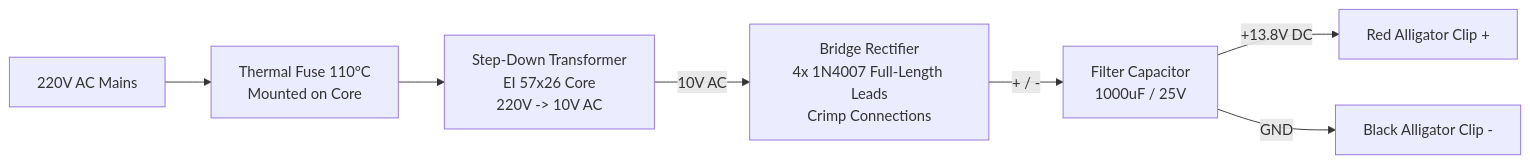
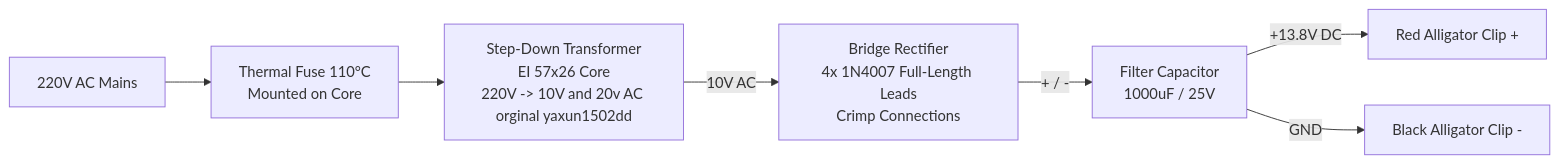
One commit to Despradoamir/solderless-12v-sla-battery-charger changed the diagram in README.md. Above: the diagram before and after it, drawn with Mermaid. The commit also changed other lines of this file, not shown here.

````diff
--- a/README.md
+++ b/README.md
@@ -29,9 +29,9 @@
 ```mermaid
 graph LR
     AC[220V AC Mains] --> TF[Thermal Fuse 110°C<br/>Mounted on Core]
-    TF --> TR[Step-Down Transformer<br/>EI 57x26 Core<br/>220V -> 10V AC]
+    TF --> TR[Step-Down Transformer<br/>EI 57x26 Core<br/>220V -> 10V and 20v AC orginal yaxun1502dd]
     TR -->|10V AC| BR[Bridge Rectifier<br/>4x 1N4007 Full-Length Leads<br/>Crimp Connections]
     BR -->|+ / -| CAP[Filter Capacitor<br/>1000uF / 25V]
     CAP -->|+13.8V DC| POS[Red Alligator Clip +]
     CAP -->|GND| NEG[Black Alligator Clip -]
 ```
````
